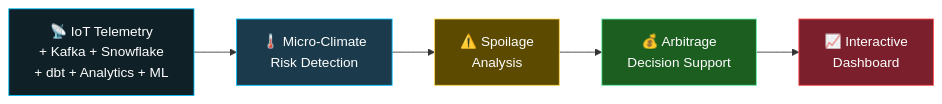
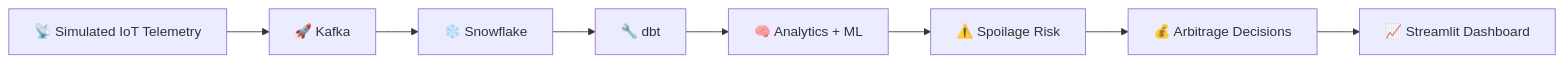
Before and after one commit to PritwishSaha/AtmoSync: the second of 2 diagrams in README.md, drawn with Mermaid. The commit also changed other lines of this file and 5 other files, not shown here.

````diff
--- a/README.md
+++ b/README.md
@@ -671,13 +793,10 @@
 ```mermaid
 flowchart LR
-    A["📡 IoT Telemetry<br/>+ Kafka + Snowflake<br/>+ dbt + Analytics + ML"] --> B["🌡️ Micro-Climate<br/>Risk Detection"]
-    B --> C["⚠️ Spoilage<br/>Analysis"]
-    C --> D["💰 Arbitrage<br/>Decision Support"]
-    D --> E["📈 Interactive<br/>Dashboard"]
-
-    style A fill:#0f2027,stroke:#00c2ff,color:#fff
-    style B fill:#1b3a4b,stroke:#00c2ff,color:#fff
-    style C fill:#5c4a00,stroke:#ffd54f,color:#fff
-    style D fill:#1b5e20,stroke:#69f0ae,color:#fff
-    style E fill:#7a1f2b,stroke:#ff4b4b,color:#fff
+    A["📡 Simulated IoT Telemetry"] --> B["🚀 Kafka"]
+    B --> C["❄️ Snowflake"]
+    C --> D["🔧 dbt"]
+    D --> E["🧠 Analytics + ML"]
+    E --> F["⚠️ Spoilage Risk"]
+    F --> G["💰 Arbitrage Decisions"]
+    G --> H["📈 Streamlit Dashboard"]
 ```
````
